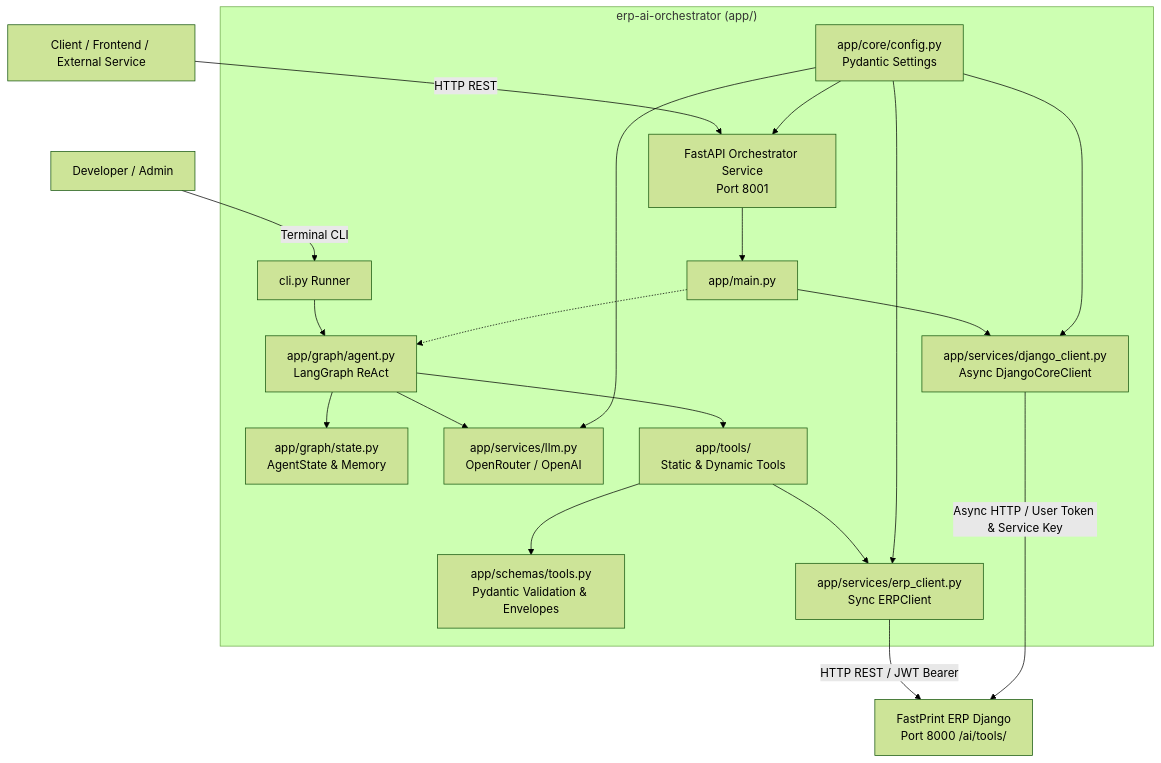
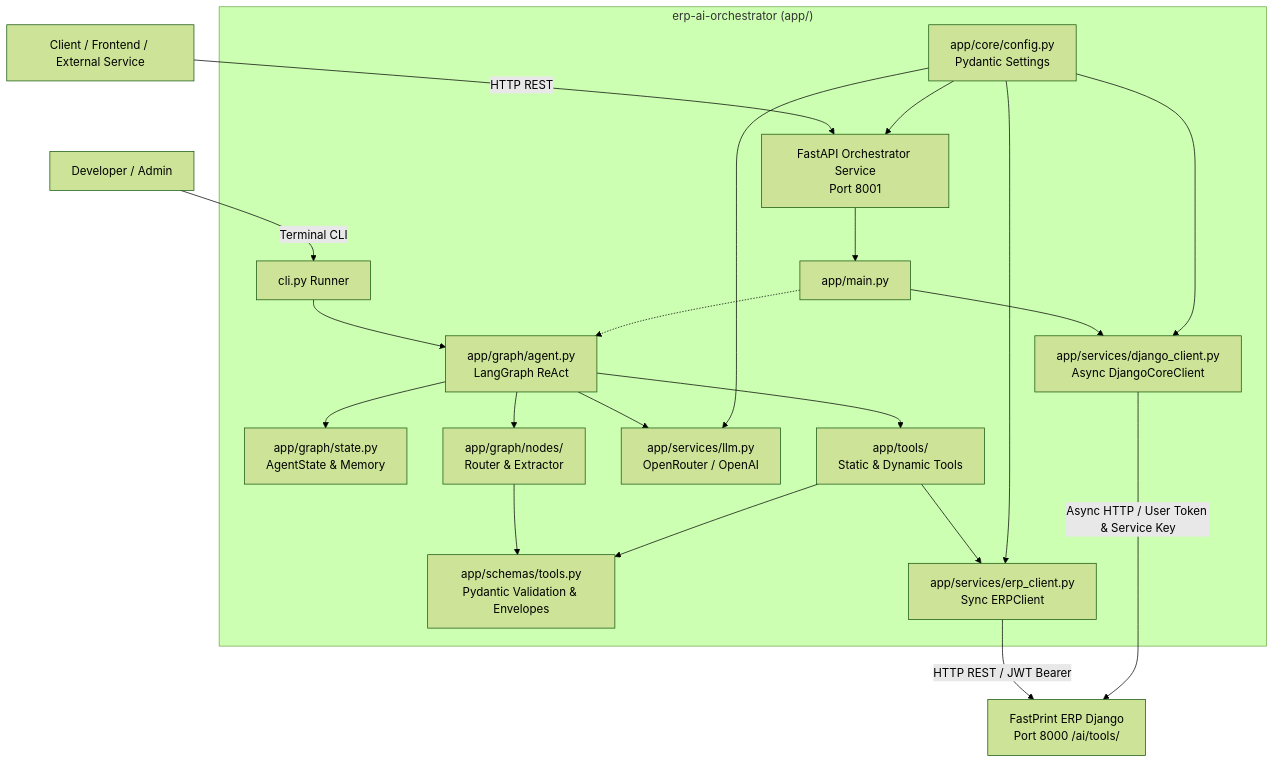
Before and after one commit to ReynaldiRP/erp-langgraph: the diagram in README.md, drawn with Mermaid (forest theme). The commit also changed other lines of this file and 7 other files, not shown here.

Commit message:
feat: implement router node, parameter extractor, and vendor invoice schema (TASK-4.2)

````diff
--- a/README.md
+++ b/README.md
@@ -9,27 +9,29 @@
 ```mermaid
 graph TD
     Client[Client / Frontend / External Service] -->|HTTP REST| API[FastAPI Orchestrator Service<br/>Port 8001]
     Terminal[Developer / Admin] -->|Terminal CLI| CLI[cli.py Runner]
     
     subgraph "erp-ai-orchestrator (app/)"
         API --> AppMain[app/main.py]
         CLI --> AgentGraph[app/graph/agent.py<br/>LangGraph ReAct]
         AppMain -.-> AgentGraph
         
         AgentGraph --> State[app/graph/state.py<br/>AgentState & Memory]
+        AgentGraph --> Nodes[app/graph/nodes/<br/>Router & Extractor]
         AgentGraph --> LLM[app/services/llm.py<br/>OpenRouter / OpenAI]
         AgentGraph --> Tools[app/tools/<br/>Static & Dynamic Tools]
         
+        Nodes --> Schemas
         Tools --> Schemas[app/schemas/tools.py<br/>Pydantic Validation & Envelopes]
         Tools --> SyncClient[app/services/erp_client.py<br/>Sync ERPClient]
         AppMain --> AsyncClient[app/services/django_client.py<br/>Async DjangoCoreClient]
         
         Config[app/core/config.py<br/>Pydantic Settings] --> API
         Config --> SyncClient
         Config --> AsyncClient
         Config --> LLM
     end
     
     SyncClient -->|HTTP REST / JWT Bearer| ERP[FastPrint ERP Django<br/>Port 8000 /ai/tools/]
     AsyncClient -->|Async HTTP / User Token & Service Key| ERP
 ```
````
